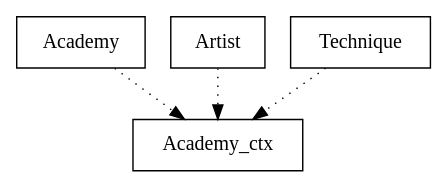
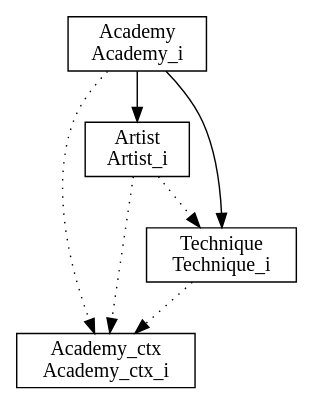
One commit to SeuRAUL/MartialAcademy changed the diagram in bdp/MartialAcademy.dot. Above: the diagram before and after it, drawn with Graphviz. The commit also changed 68 other files, not shown here.

```diff
--- a/bdp/MartialAcademy.dot
+++ b/bdp/MartialAcademy.dot
@@ -1,10 +1,13 @@
 digraph {
-Academy [ label=" Academy " shape= box ]
-Academy_ctx [ label=" Academy_ctx " shape= box ]
-Artist [ label=" Artist " shape= box ]
-Technique [ label=" Technique " shape= box ]
+Academy_ctx_i [ label=" Academy_ctx\nAcademy_ctx_i " shape= box ]
+Academy_i [ label=" Academy\nAcademy_i " shape= box ]
+Artist_i [ label=" Artist\nArtist_i " shape= box ]
+Technique_i [ label=" Technique\nTechnique_i " shape= box ]
 
-"Academy" -> "Academy_ctx" [style= dotted ]
-"Artist" -> "Academy_ctx" [style= dotted ]
-"Technique" -> "Academy_ctx" [style= dotted ]
+"Academy_i" -> "Academy_ctx_i" [style= dotted ]
+"Academy_i" -> "Artist_i" []
+"Academy_i" -> "Technique_i" []
+"Artist_i" -> "Academy_ctx_i" [style= dotted ]
+"Artist_i" -> "Technique_i" [style= dotted ]
+"Technique_i" -> "Academy_ctx_i" [style= dotted ]
 }
```
